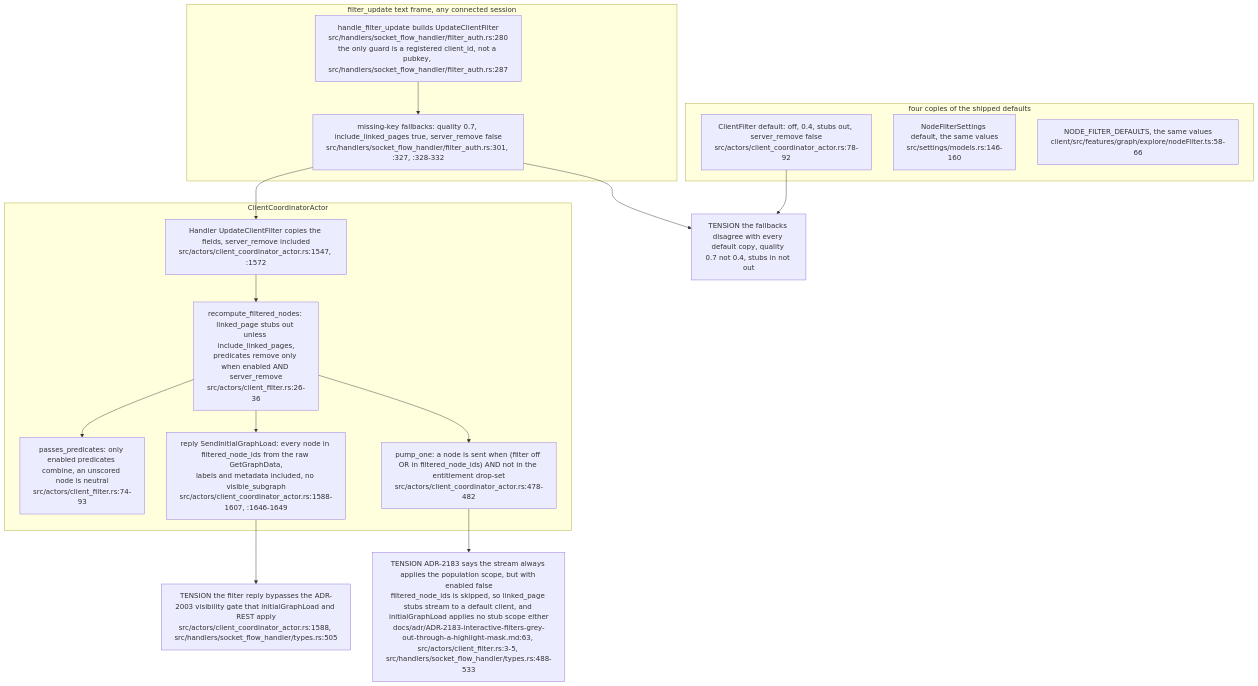
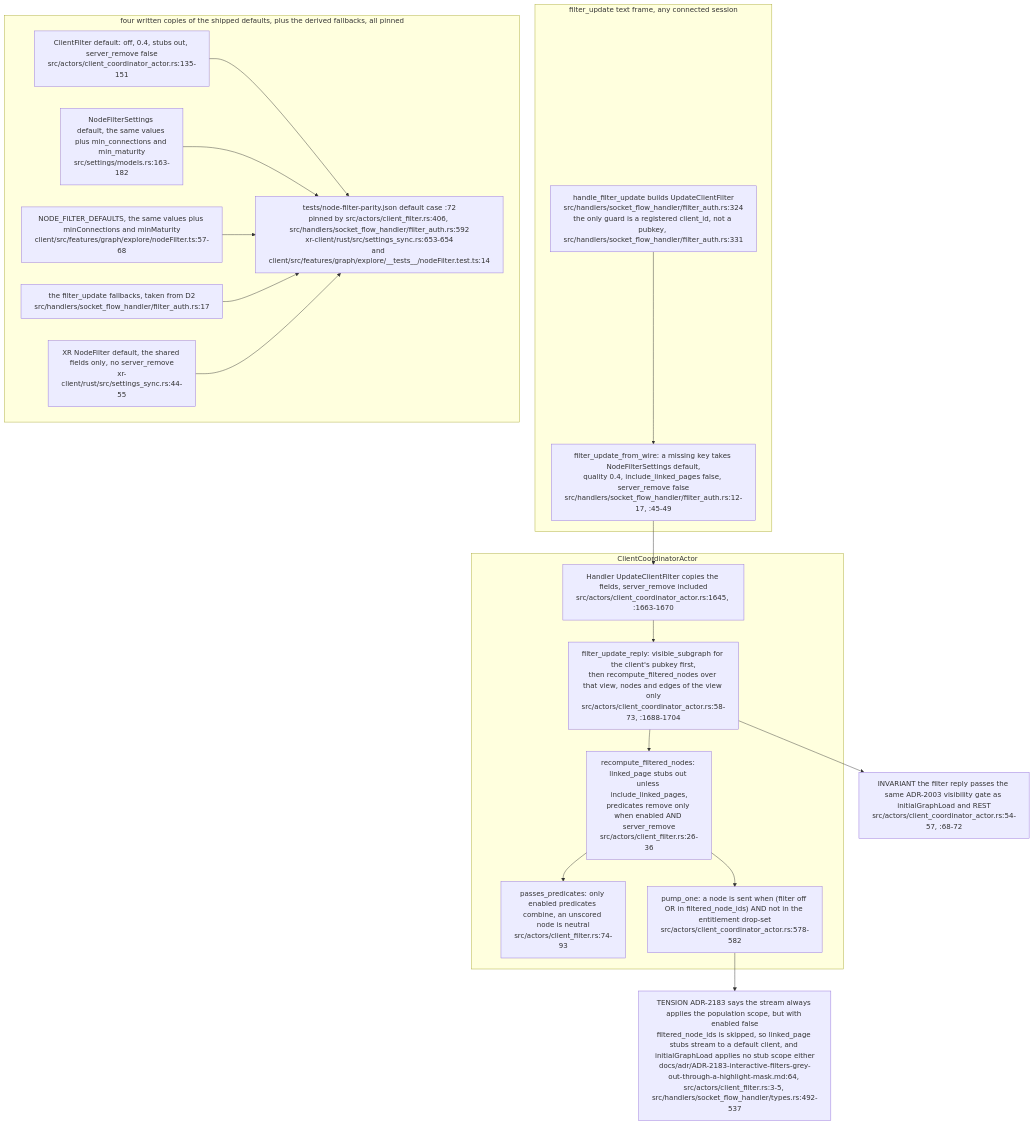
Before and after one commit to DreamLab-AI/VisionFlow: the eighth of 9 diagrams in docs/diagrams/visionclaw/13-broadcast-pipeline-and-websocket.md, drawn with Mermaid. The commit also changed other lines of this file and 46 other files, not shown here.

Commit message:
docs(diagrams): re-verify VisionClaw topics at 809a859aa/a950f4d80 after the consolidation pass

````diff
--- a/docs/diagrams/visionclaw/13-broadcast-pipeline-and-websocket.md
+++ b/docs/diagrams/visionclaw/13-broadcast-pipeline-and-websocket.md
@@ -459,28 +459,33 @@
 ```mermaid
 flowchart TB
     subgraph IN["filter_update text frame, any connected session"]
-        FU["handle_filter_update builds UpdateClientFilter<br/>src/handlers/socket_flow_handler/filter_auth.rs:280<br/>the only guard is a registered client_id, not a pubkey, src/handlers/socket_flow_handler/filter_auth.rs:287"]
-        FB["missing-key fallbacks: quality 0.7, include_linked_pages true, server_remove false<br/>src/handlers/socket_flow_handler/filter_auth.rs:301, :327, :328-332"]
+        FU["handle_filter_update builds UpdateClientFilter<br/>src/handlers/socket_flow_handler/filter_auth.rs:324<br/>the only guard is a registered client_id, not a pubkey, src/handlers/socket_flow_handler/filter_auth.rs:331"]
+        FB["filter_update_from_wire: a missing key takes NodeFilterSettings default,<br/>quality 0.4, include_linked_pages false, server_remove false<br/>src/handlers/socket_flow_handler/filter_auth.rs:12-17, :45-49"]
         FU --> FB
     end
     subgraph CC["ClientCoordinatorActor"]
-        UH["Handler UpdateClientFilter copies the fields, server_remove included<br/>src/actors/client_coordinator_actor.rs:1547, :1572"]
+        UH["Handler UpdateClientFilter copies the fields, server_remove included<br/>src/actors/client_coordinator_actor.rs:1645, :1663-1670"]
+        REP["filter_update_reply: visible_subgraph for the client's pubkey first,<br/>then recompute_filtered_nodes over that view, nodes and edges of the view only<br/>src/actors/client_coordinator_actor.rs:58-73, :1688-1704"]
         RC["recompute_filtered_nodes: linked_page stubs out unless include_linked_pages,<br/>predicates remove only when enabled AND server_remove<br/>src/actors/client_filter.rs:26-36"]
         PR["passes_predicates: only enabled predicates combine, an unscored node is neutral<br/>src/actors/client_filter.rs:74-93"]
-        REP["reply SendInitialGraphLoad: every node in filtered_node_ids from the raw GetGraphData,<br/>labels and metadata included, no visible_subgraph<br/>src/actors/client_coordinator_actor.rs:1588-1607, :1646-1649"]
-        PUMP["pump_one: a node is sent when (filter off OR in filtered_node_ids) AND not in the entitlement drop-set<br/>src/actors/client_coordinator_actor.rs:478-482"]
-        UH --> RC --> PR
-        RC --> REP
+        PUMP["pump_one: a node is sent when (filter off OR in filtered_node_ids) AND not in the entitlement drop-set<br/>src/actors/client_coordinator_actor.rs:578-582"]
+        UH --> REP --> RC --> PR
         RC --> PUMP
     end
-    subgraph DEF["four copies of the shipped defaults"]
-        D1["ClientFilter default: off, 0.4, stubs out, server_remove false<br/>src/actors/client_coordinator_actor.rs:78-92"]
-        D2["NodeFilterSettings default, the same values<br/>src/settings/models.rs:146-160"]
-        D3["NODE_FILTER_DEFAULTS, the same values<br/>client/src/features/graph/explore/nodeFilter.ts:58-66"]
+    subgraph DEF["four written copies of the shipped defaults, plus the derived fallbacks, all pinned"]
+        D1["ClientFilter default: off, 0.4, stubs out, server_remove false<br/>src/actors/client_coordinator_actor.rs:135-151"]
+        D2["NodeFilterSettings default, the same values plus min_connections and min_maturity<br/>src/settings/models.rs:163-182"]
+        D3["NODE_FILTER_DEFAULTS, the same values plus minConnections and minMaturity<br/>client/src/features/graph/explore/nodeFilter.ts:57-68"]
+        D5["XR NodeFilter default, the shared fields only, no server_remove<br/>xr-client/rust/src/settings_sync.rs:44-55"]
+        D4["the filter_update fallbacks, taken from D2<br/>src/handlers/socket_flow_handler/filter_auth.rs:17"]
+        FIX["tests/node-filter-parity.json default case :72<br/>pinned by src/actors/client_filter.rs:406, src/handlers/socket_flow_handler/filter_auth.rs:592<br/>xr-client/rust/src/settings_sync.rs:653-654<br/>and client/src/features/graph/explore/__tests__/nodeFilter.test.ts:14"]
+        D1 --> FIX
+        D2 --> FIX
+        D3 --> FIX
+        D4 --> FIX
+        D5 --> FIX
     end
     FB --> UH
-    REP --> T1["TENSION the filter reply bypasses the ADR-2003 visibility gate that initialGraphLoad and REST apply<br/>src/actors/client_coordinator_actor.rs:1588, src/handlers/socket_flow_handler/types.rs:505"]
-    PUMP --> T2["TENSION ADR-2183 says the stream always applies the population scope, but with enabled false<br/>filtered_node_ids is skipped, so linked_page stubs stream to a default client, and initialGraphLoad applies no stub scope either<br/>docs/adr/ADR-2183-interactive-filters-grey-out-through-a-highlight-mask.md:63, src/actors/client_filter.rs:3-5, src/handlers/socket_flow_handler/types.rs:488-533"]
-    FB --> T3["TENSION the fallbacks disagree with every default copy, quality 0.7 not 0.4, stubs in not out"]
-    D1 --> T3
+    REP --> I1["INVARIANT the filter reply passes the same ADR-2003 visibility gate as initialGraphLoad and REST<br/>src/actors/client_coordinator_actor.rs:54-57, :68-72"]
+    PUMP --> T2["TENSION ADR-2183 says the stream always applies the population scope, but with enabled false<br/>filtered_node_ids is skipped, so linked_page stubs stream to a default client, and initialGraphLoad applies no stub scope either<br/>docs/adr/ADR-2183-interactive-filters-grey-out-through-a-highlight-mask.md:64, src/actors/client_filter.rs:3-5, src/handlers/socket_flow_handler/types.rs:492-537"]
 ```
````
